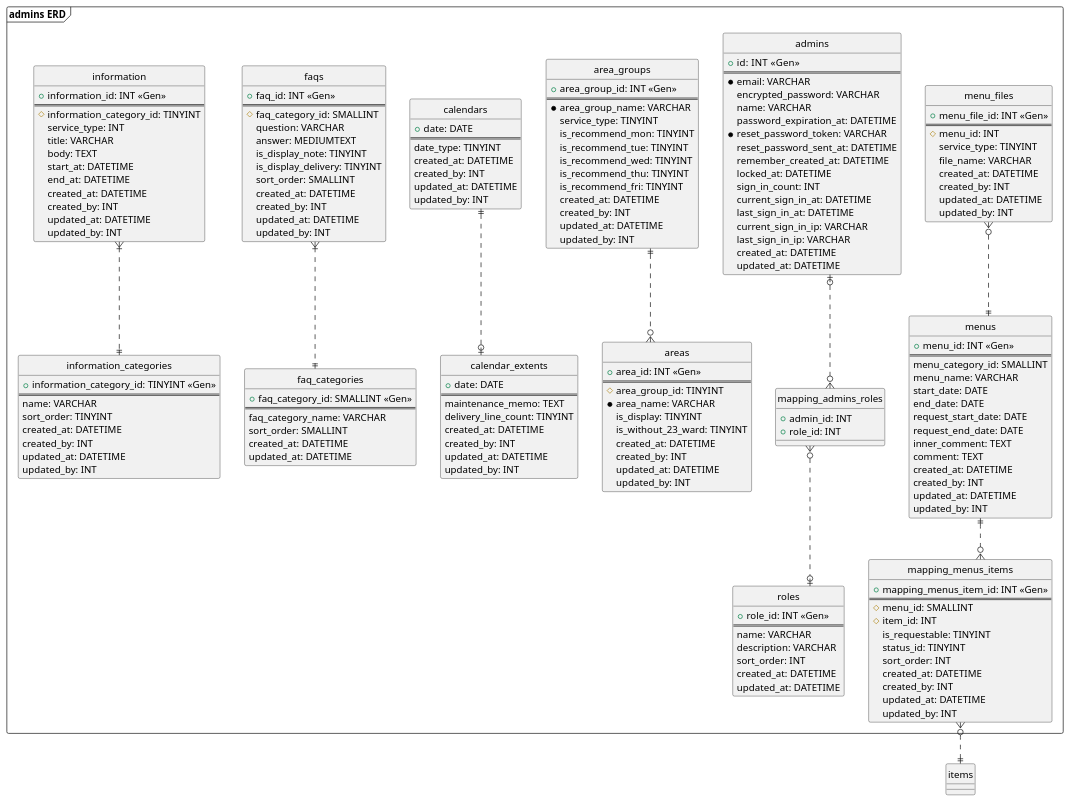
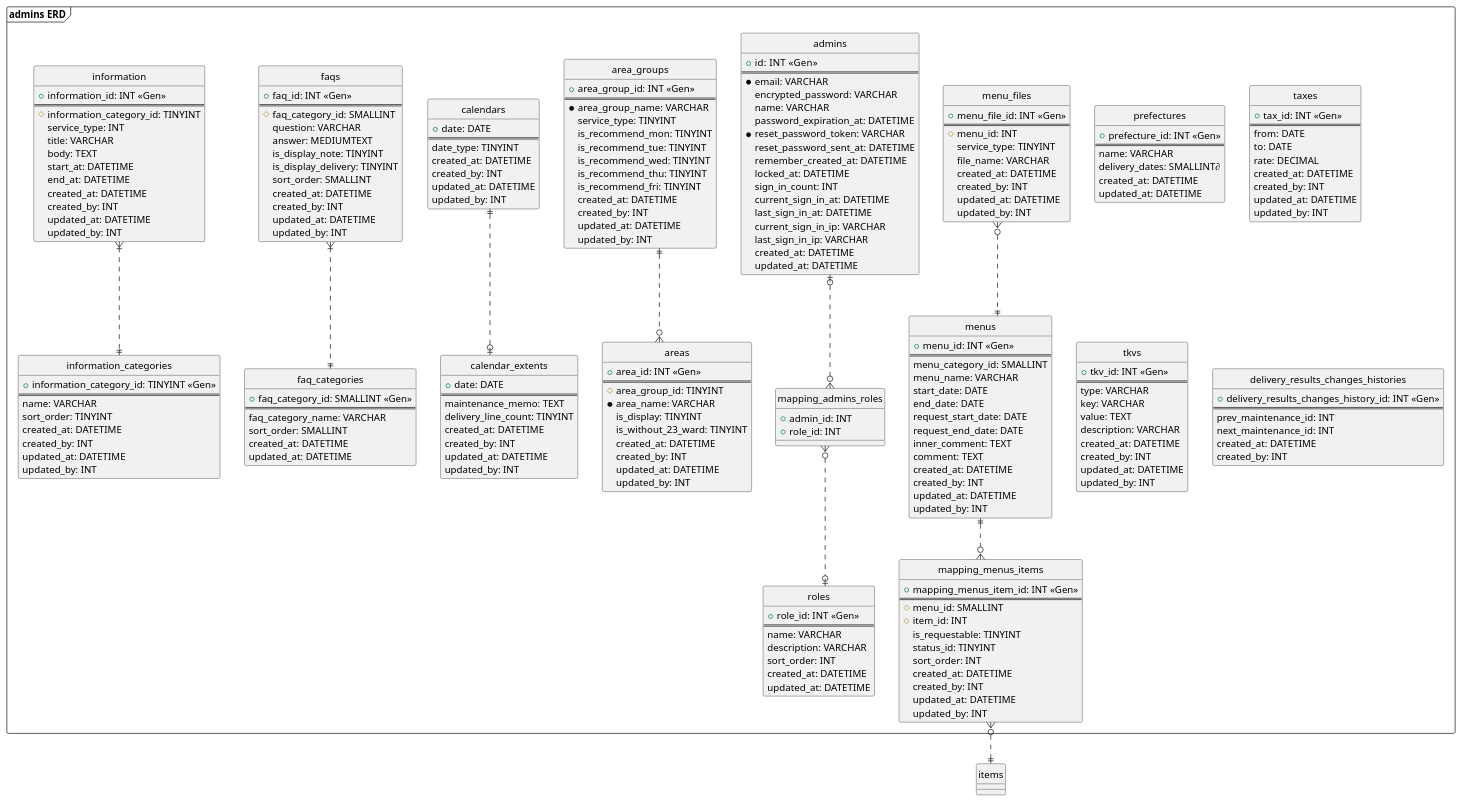
Before and after one commit to kim-yuchul-okan/subsystem-erd: the diagram in subsystem/admin_erd.pu, drawn with PlantUML. The commit also changed 16 other files, not shown here.

```diff
--- a/subsystem/admin_erd.pu
+++ b/subsystem/admin_erd.pu
@@ -171,6 +171,45 @@
     updated_at: DATETIME
     updated_by: INT
   }
+  entity "prefectures" {
+    + prefecture_id: INT <<Gen>>
+    ==
+    name: VARCHAR
+    delivery_dates: SMALLINT∂
+    created_at: DATETIME
+    updated_at: DATETIME
+  }
+  entity "taxes" {
+    + tax_id: INT <<Gen>>
+    ==
+    from: DATE
+    to: DATE
+    rate: DECIMAL
+    created_at: DATETIME
+    created_by: INT
+    updated_at: DATETIME
+    updated_by: INT
+  }
+  entity "tkvs" {
+    + tkv_id: INT <<Gen>>
+    ==
+    type: VARCHAR
+    key: VARCHAR
+    value: TEXT
+    description: VARCHAR
+    created_at: DATETIME
+    created_by: INT
+    updated_at: DATETIME
+    updated_by: INT
+  }
+  entity "delivery_results_changes_histories" {
+    + delivery_results_changes_history_id: INT <<Gen>>
+    ==
+    prev_maintenance_id: INT
+    next_maintenance_id: INT
+    created_at: DATETIME
+    created_by: INT
+  }
   admins |o.d.o{ mapping_admins_roles
   mapping_admins_roles }o..o| roles
   area_groups ||..o{ areas
```
